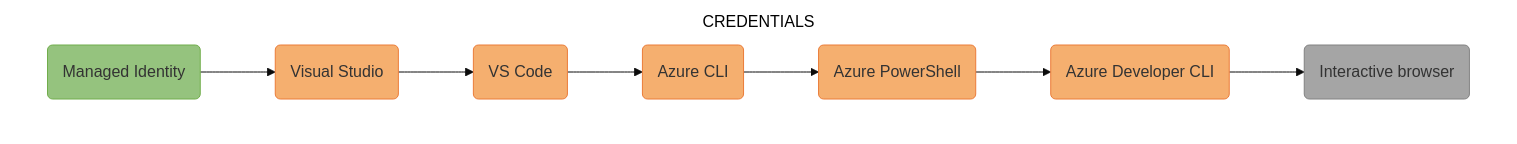
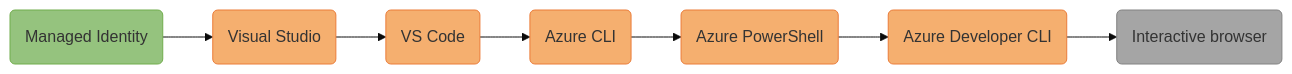
The diagram in docs/azure/sdk/media/credential-chains/DefaultAzureCredentialExcludes.md (dotnet/docs), drawn with Mermaid before and after one commit. The commit also changed 3 other files, not shown here.

Commit message:
Update mermaid diagrams

````diff
--- a/docs/azure/sdk/media/credential-chains/DefaultAzureCredentialExcludes.md
+++ b/docs/azure/sdk/media/credential-chains/DefaultAzureCredentialExcludes.md
@@ -1,37 +1,25 @@
 ```mermaid
 %% STEPS TO GENERATE IMAGE
 %% =======================
 %% 1. Install mermaid CLI v10.9.1 (see https://github.com/mermaid-js/mermaid-cli/blob/master/README.md):
 %%    npm i -g @mermaid-js/mermaid-cli@10.9.1
 %% 2. Run command: mmdc -i DefaultAzureCredentialExcludes.md -o DefaultAzureCredentialExcludes.svg
 
 %%{
   init: {
     'theme': 'base',
     'themeVariables': {
       'tertiaryBorderColor': '#fff',
       'tertiaryColor': '#fff'
     }
   }
 }%%
 
 flowchart LR;
-    subgraph CREDENTIALS;
-        direction LR;
-        C(Managed Identity):::deployed --> D(Visual Studio):::developer --> E(VS Code):::developer --> F(Azure CLI):::developer --> G(Azure PowerShell):::developer --> H(Azure Developer CLI):::developer --> I(Interactive browser):::interactive;
-    end;
+    C(Managed Identity):::deployed --> D(Visual Studio):::developer --> E(VS Code):::developer --> F(Azure CLI):::developer --> G(Azure PowerShell):::developer --> H(Azure Developer CLI):::developer --> I(Interactive browser):::interactive;
 
     %% Define styles for credential type boxes
     classDef deployed fill:#95C37E, stroke:#71AD4C;
     classDef developer fill:#F5AF6F, stroke:#EB7C39;
     classDef interactive fill:#A5A5A5, stroke:#828282;
-
-    %% Add API ref links to credential type boxes
-    click C "https://learn.microsoft.com/dotnet/api/azure.identity.managedidentitycredential?view=azure-dotnet" _blank;
-    click D "https://learn.microsoft.com/dotnet/api/azure.identity.visualstudiocredential?view=azure-dotnet" _blank;
-    click E "https://learn.microsoft.com/dotnet/api/azure.identity.visualstudiocodecredential?view=azure-dotnet" _blank;
-    click F "https://learn.microsoft.com/dotnet/api/azure.identity.azureclicredential?view=azure-dotnet" _blank;
-    click G "https://learn.microsoft.com/dotnet/api/azure.identity.azurepowershellcredential?view=azure-dotnet" _blank;
-    click H "https://learn.microsoft.com/dotnet/api/azure.identity.azuredeveloperclicredential?view=azure-dotnet" _blank
-    click I "https://learn.microsoft.com/dotnet/api/azure.identity.interactivebrowsercredential?view=azure-dotnet" _blank;
 ```
````
